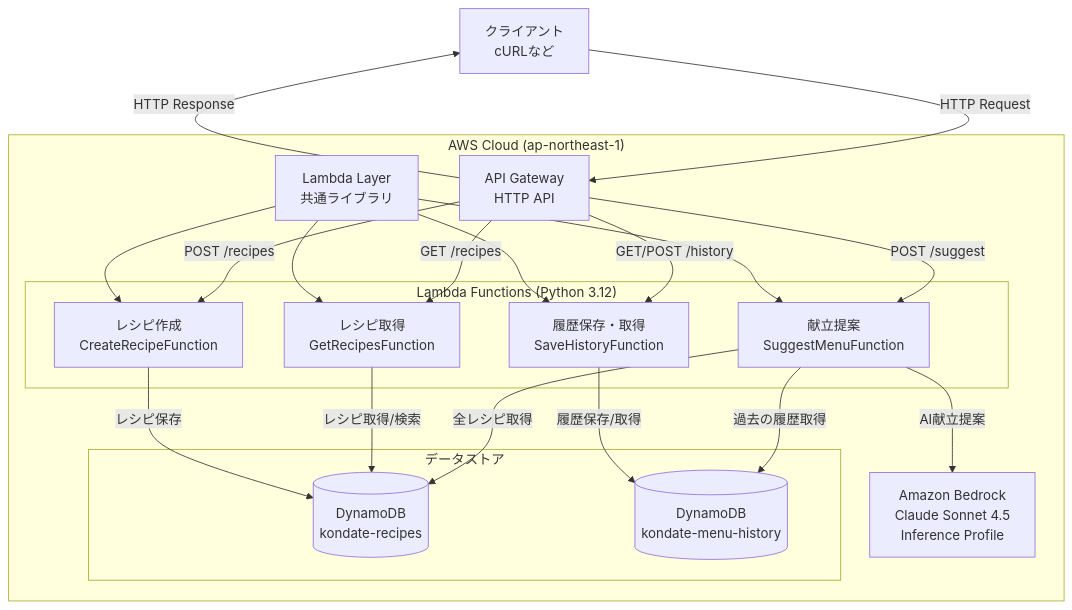
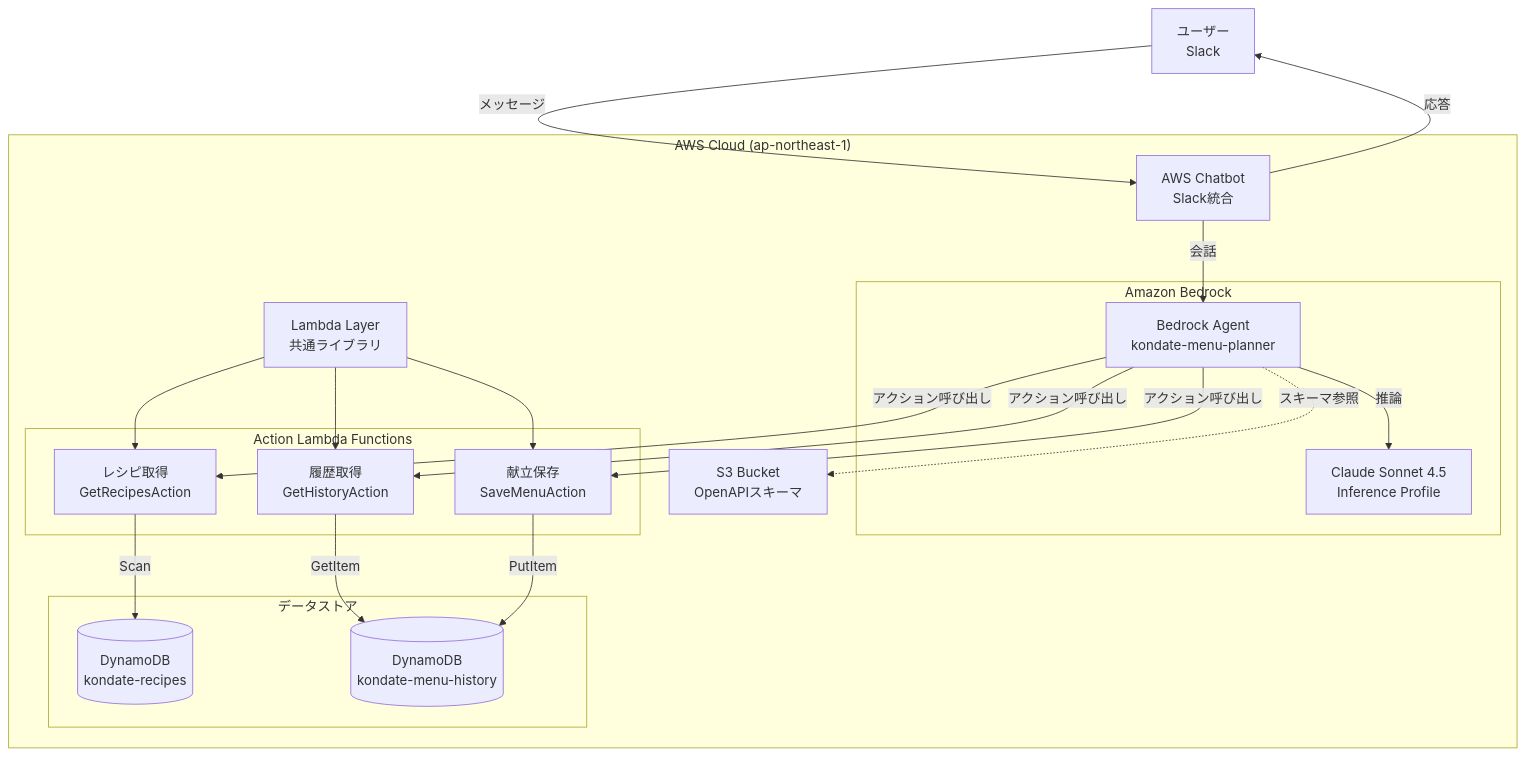
One commit to takuya29/kondate-planner changed the first of 2 diagrams in README.md. Above: the diagram before and after it, drawn with Mermaid. The commit also changed other lines of this file and 25 other files, not shown here.

Commit message:
Use Bedrock Agent + Developer Q + Slack (#30)

````diff
--- a/README.md
+++ b/README.md
@@ -15,46 +16,48 @@
 ```mermaid
 graph TB
-    Client[クライアント<br/>cURLなど]
+    User[ユーザー<br/>Slack]
 
     subgraph AWS["AWS Cloud (ap-northeast-1)"]
-        APIGW[API Gateway<br/>HTTP API]
+        Chatbot[AWS Chatbot<br/>Slack統合]
+
+        subgraph Bedrock["Amazon Bedrock"]
+            Agent[Bedrock Agent<br/>kondate-menu-planner]
+            Claude[Claude Sonnet 4.5<br/>Inference Profile]
+        end
+
         LambdaLayer[Lambda Layer<br/>共通ライブラリ]
 
-        subgraph Lambda["Lambda Functions (Python 3.12)"]
-            SuggestMenu[献立提案<br/>SuggestMenuFunction]
-            GetRecipes[レシピ取得<br/>GetRecipesFunction]
-            CreateRecipe[レシピ作成<br/>CreateRecipeFunction]
-            SaveHistory[履歴保存・取得<br/>SaveHistoryFunction]
+        subgraph Lambda["Action Lambda Functions"]
+            GetRecipes[レシピ取得<br/>GetRecipesAction]
+            GetHistory[履歴取得<br/>GetHistoryAction]
+            SaveMenu[献立保存<br/>SaveMenuAction]
         end
 
         subgraph Storage["データストア"]
             RecipesDB[(DynamoDB<br/>kondate-recipes)]
             HistoryDB[(DynamoDB<br/>kondate-menu-history)]
         end
 
-        Bedrock[Amazon Bedrock<br/>Claude Sonnet 4.5<br/>Inference Profile]
+        S3[S3 Bucket<br/>OpenAPIスキーマ]
     end
 
-    Client -->|HTTP Request| APIGW
+    User -->|メッセージ| Chatbot
+    Chatbot -->|会話| Agent
 
-    APIGW -->|POST /suggest| SuggestMenu
-    APIGW -->|GET /recipes| GetRecipes
-    APIGW -->|POST /recipes| CreateRecipe
-    APIGW -->|GET/POST /history| SaveHistory
+    Agent -->|推論| Claude
+    Agent -->|アクション呼び出し| GetRecipes
+    Agent -->|アクション呼び出し| GetHistory
+    Agent -->|アクション呼び出し| SaveMenu
 
-    LambdaLayer --> SuggestMenu
+    Agent -.->|スキーマ参照| S3
+
     LambdaLayer --> GetRecipes
-    LambdaLayer --> CreateRecipe
-    LambdaLayer --> SaveHistory
+    LambdaLayer --> GetHistory
+    LambdaLayer --> SaveMenu
 
-    SuggestMenu -->|全レシピ取得| RecipesDB
-    SuggestMenu -->|過去の履歴取得| HistoryDB
-    SuggestMenu -->|AI献立提案| Bedrock
+    GetRecipes -->|Scan| RecipesDB
+    GetHistory -->|GetItem| HistoryDB
+    SaveMenu -->|PutItem| HistoryDB
 
-    GetRecipes -->|レシピ取得/検索| RecipesDB
-    CreateRecipe -->|レシピ保存| RecipesDB
-
-    SaveHistory -->|履歴保存/取得| HistoryDB
-
-    APIGW -->|HTTP Response| Client
+    Chatbot -->|応答| User
 ```
````
